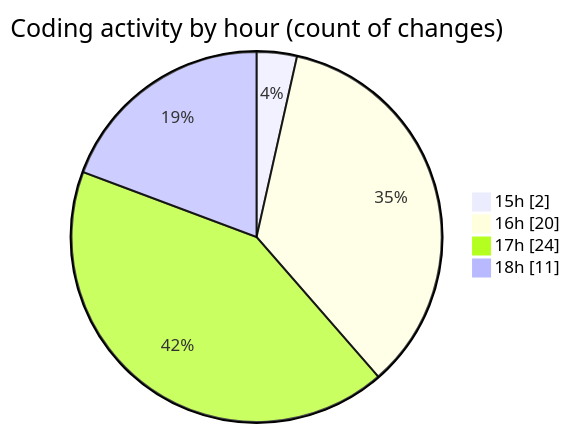
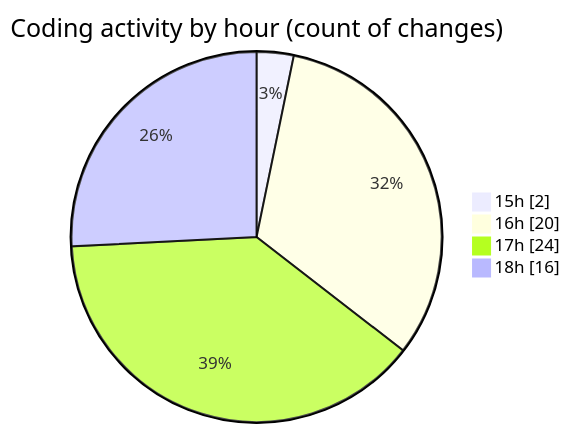
The second of 2 diagrams in 2025-08-09/nxtqube_webapp/README.md (nxtqubesakshisongat/code-tracking), drawn with Mermaid before and after one commit. The commit also changed other lines of this file and 1 other file, not shown here.

````diff
--- a/2025-08-09/nxtqube_webapp/README.md
+++ b/2025-08-09/nxtqube_webapp/README.md
@@ -29,8 +29,8 @@
 ```mermaid
 pie showData
 title Coding activity by hour (count of changes)
 "15h" : 2
 "16h" : 20
 "17h" : 24
-"18h" : 11
+"18h" : 16
 ```
````
